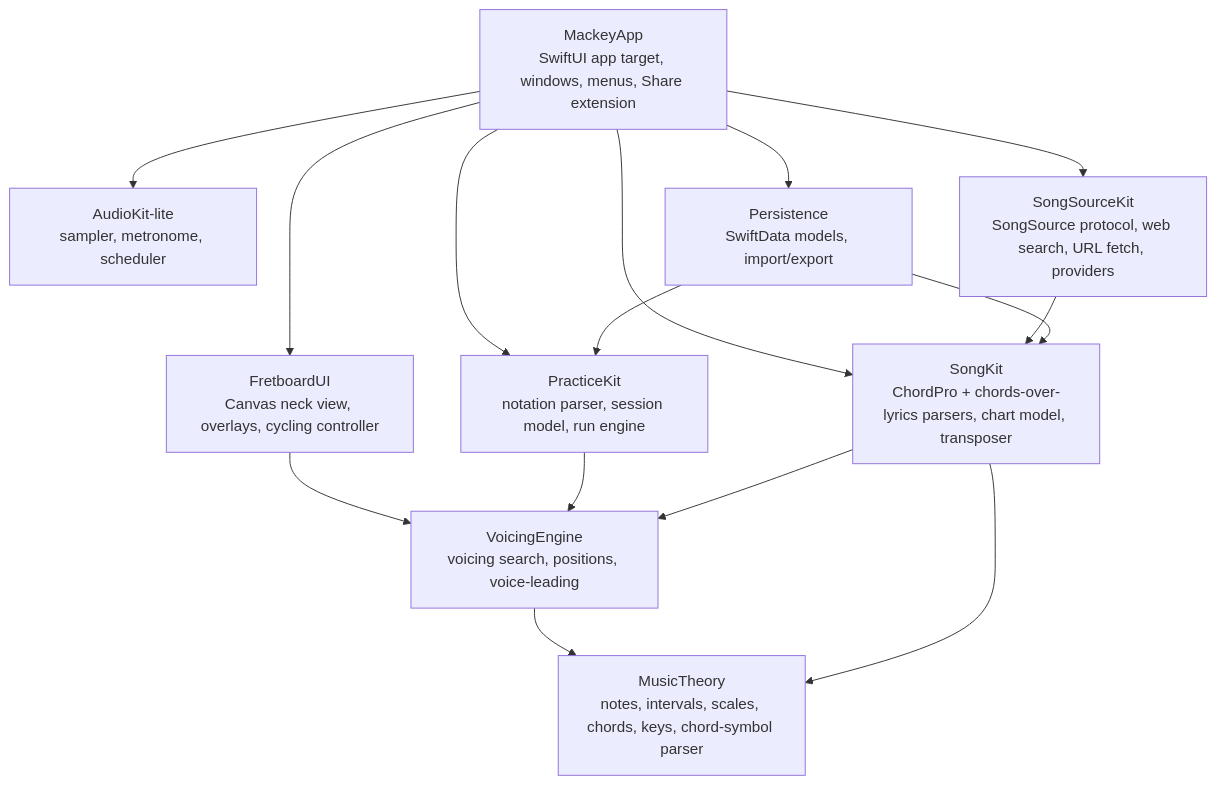
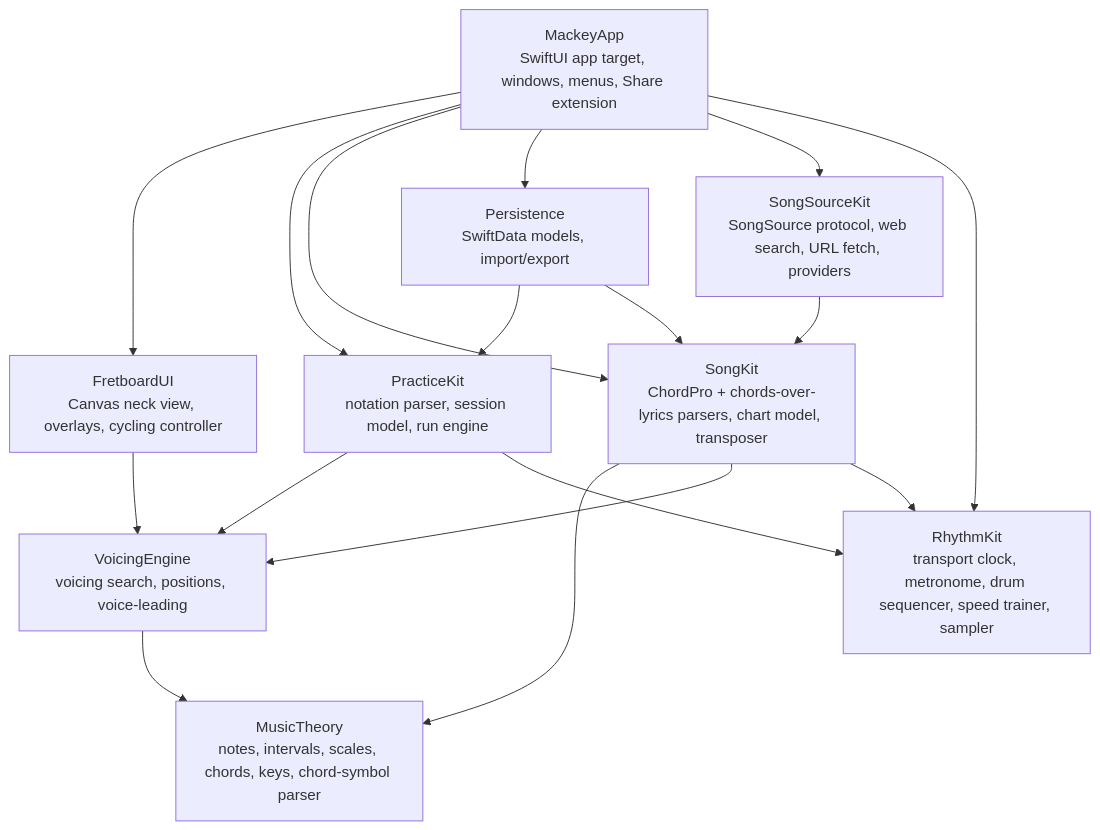
Before and after one commit to stainedhead/mackey-guitar-tutor: the first of 2 diagrams in docs/architecture.md, drawn with Mermaid. The commit also changed other lines of this file and 6 other files, not shown here.

First line of the commit message:
docs: add metronome, drum backing and speed trainer design

````diff
--- a/docs/architecture.md
+++ b/docs/architecture.md
@@ -19,20 +19,22 @@
 ```mermaid
 flowchart TD
     App[MackeyApp<br/>SwiftUI app target, windows, menus, Share extension]
     FBUI[FretboardUI<br/>Canvas neck view, overlays, cycling controller]
     Practice[PracticeKit<br/>notation parser, session model, run engine]
     Songs[SongKit<br/>ChordPro + chords-over-lyrics parsers, chart model, transposer]
     Voicing[VoicingEngine<br/>voicing search, positions, voice-leading]
     Theory[MusicTheory<br/>notes, intervals, scales, chords, keys, chord-symbol parser]
-    Audio[AudioKit-lite<br/>sampler, metronome, scheduler]
+    Audio[RhythmKit<br/>transport clock, metronome, drum sequencer, speed trainer, sampler]
     Store[Persistence<br/>SwiftData models, import/export]
     Search[SongSourceKit<br/>SongSource protocol, web search, URL fetch, providers]
 
     App --> FBUI & Practice & Songs & Store & Search & Audio
     FBUI --> Voicing --> Theory
     Practice --> Voicing
     Songs --> Theory
     Songs --> Voicing
     Search --> Songs
+    Practice --> Audio
+    Songs --> Audio
     Store --> Practice & Songs
 ```
````
